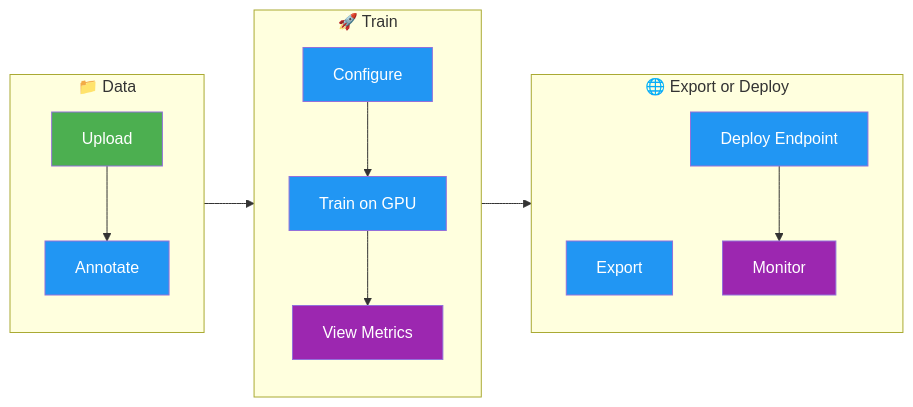
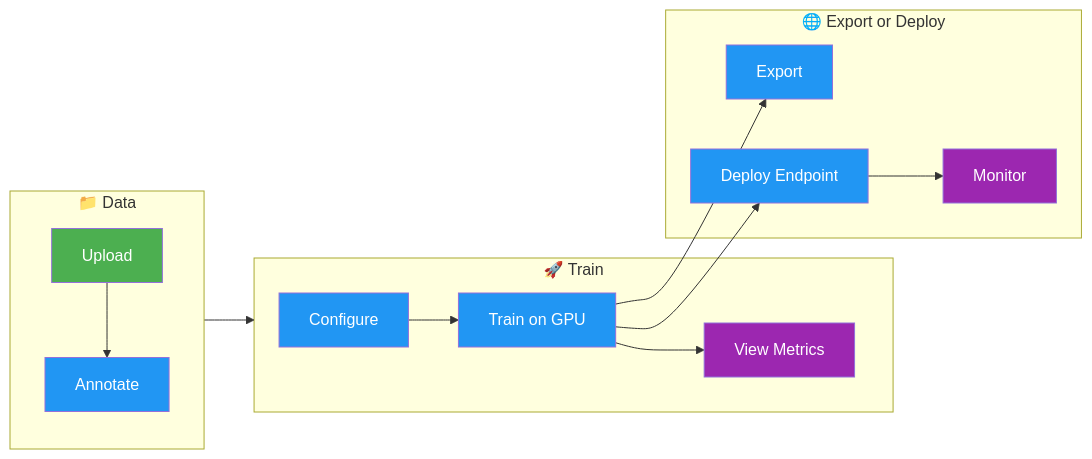
The first of 3 diagrams in docs/en/platform/index.md (ultralytics/ultralytics), drawn with Mermaid before and after one commit.

Commit message:
fork export and deploy from the trained model

````diff
--- a/docs/en/platform/index.md
+++ b/docs/en/platform/index.md
@@ -22,19 +22,21 @@
 ```mermaid
 graph LR
     subgraph Data["📁 Data"]
         A[Upload]:::start --> B[Annotate]:::proc
     end
     subgraph Train["🚀 Train"]
         D[Configure]:::proc --> E[Train on GPU]:::proc
         E --> F[View Metrics]:::out
     end
     subgraph Deploy["🌐 Export or Deploy"]
         G[Export]:::proc
         H[Deploy Endpoint]:::proc --> I[Monitor]:::out
     end
-    Data --> Train --> Deploy
+    Data --> Train
+    E --> G
+    E --> H
 
     classDef start fill:#4CAF50,color:#fff
     classDef proc fill:#2196F3,color:#fff
     classDef out fill:#9C27B0,color:#fff
 ```
````
